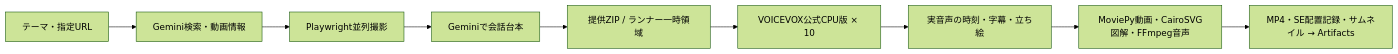
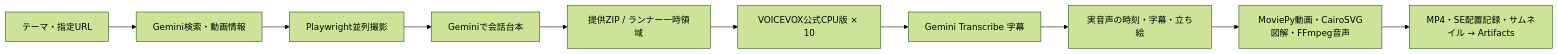
The diagram in README.md (nyu1791-collab/voiceBox-Pipeline), drawn with Mermaid (forest theme) before and after one commit. The commit also changed other lines of this file and 13 other files, not shown here.

````diff
--- a/README.md
+++ b/README.md
@@ -5,11 +5,12 @@
 ```mermaid
 flowchart LR
   R[テーマ・指定URL] --> S[Gemini検索・動画情報]
   S --> U[Playwright並列撮影]
   U --> T[Geminiで会話台本]
   T --> A[提供ZIP / ランナー一時領域]
   A --> B[VOICEVOX公式CPU版 × 10]
-  B --> C[実音声の時刻・字幕・立ち絵]
+  B --> T2[Gemini Transcribe 字幕]
+  T2 --> C[実音声の時刻・字幕・立ち絵]
   C --> D[MoviePy動画・CairoSVG図解・FFmpeg音声]
   D --> E[MP4・SE配置記録・サムネイル → Artifacts]
 ```
````
